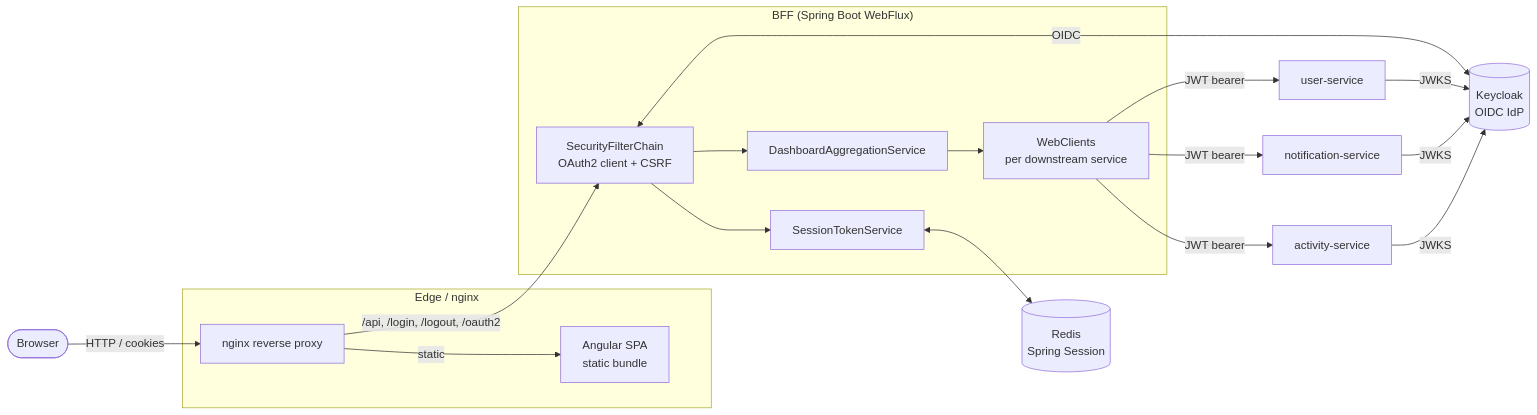
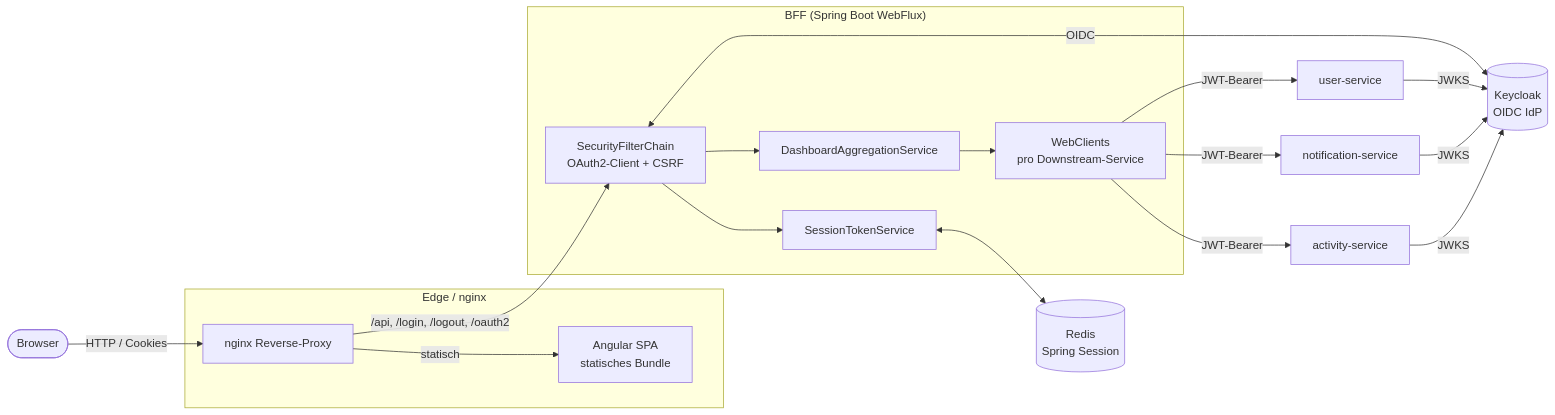
Before and after one commit to mjanda0815/BFF-Reference: the first of 4 diagrams in docs/architecture.md, drawn with Mermaid. The commit also changed other lines of this file and 8 other files, not shown here.

First line of the commit message:
Translate README, architecture, security concept and ADRs to German

````diff
--- a/docs/architecture.md
+++ b/docs/architecture.md
@@ -9,34 +9,34 @@
 ```mermaid
 flowchart LR
     Browser([Browser])
     subgraph Edge["Edge / nginx"]
-        SPA[Angular SPA<br/>static bundle]
-        Proxy[nginx reverse proxy]
+        SPA[Angular SPA<br/>statisches Bundle]
+        Proxy[nginx Reverse-Proxy]
     end
     subgraph BFFNode["BFF (Spring Boot WebFlux)"]
-        Sec[SecurityFilterChain<br/>OAuth2 client + CSRF]
+        Sec[SecurityFilterChain<br/>OAuth2-Client + CSRF]
         Agg[DashboardAggregationService]
         Tok[SessionTokenService]
-        Clients[WebClients<br/>per downstream service]
+        Clients[WebClients<br/>pro Downstream-Service]
     end
     KC[(Keycloak<br/>OIDC IdP)]
     R[(Redis<br/>Spring Session)]
     US[user-service]
     NS[notification-service]
     AS[activity-service]
 
-    Browser -- HTTP / cookies --> Proxy
-    Proxy -- static --> SPA
+    Browser -- HTTP / Cookies --> Proxy
+    Proxy -- statisch --> SPA
     Proxy -- /api, /login, /logout, /oauth2 --> Sec
     Sec --> Agg
     Sec --> Tok
     Tok <--> R
     Sec <-- OIDC --> KC
     Agg --> Clients
-    Clients -- JWT bearer --> US
-    Clients -- JWT bearer --> NS
-    Clients -- JWT bearer --> AS
+    Clients -- JWT-Bearer --> US
+    Clients -- JWT-Bearer --> NS
+    Clients -- JWT-Bearer --> AS
     US -- JWKS --> KC
     NS -- JWKS --> KC
     AS -- JWKS --> KC
 ```
````
